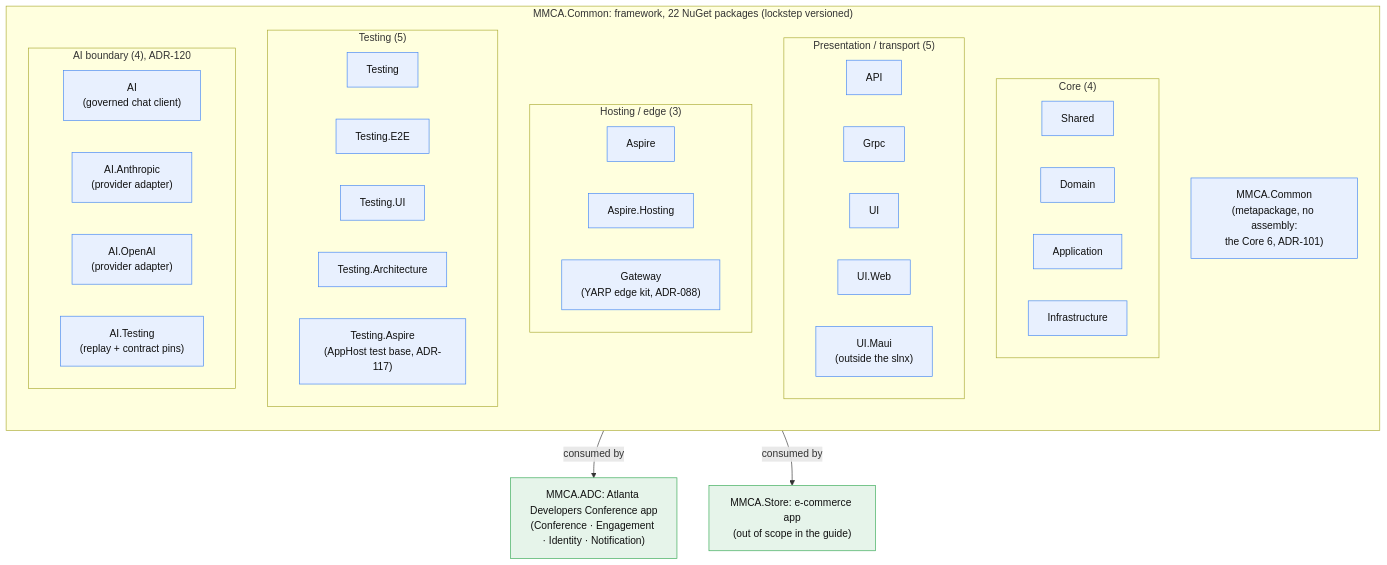
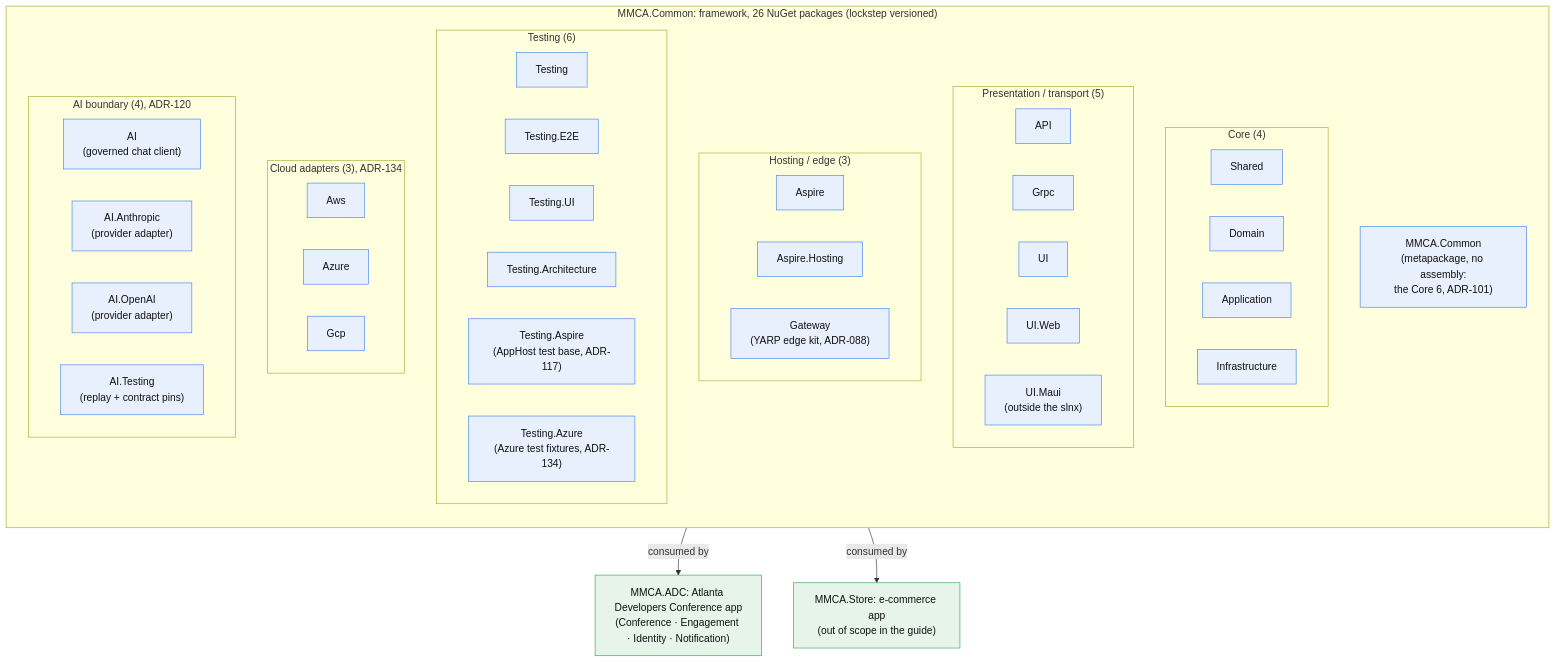
Before and after one commit to ivanball/ivanball.github.io: the first of 15 diagrams in docs-src/onboarding/CONCEPT-MAPS.md, drawn with Mermaid. The commit also changed other lines of this file and 84 other files, not shown here.

First line of the commit message:
docs(onboarding): 2026-10-29 drift sweep + cloud provider adapters chapter (#289)

````diff
--- a/docs-src/onboarding/CONCEPT-MAPS.md
+++ b/docs-src/onboarding/CONCEPT-MAPS.md
@@ -38,49 +43,55 @@
 ```mermaid
 flowchart TD
-    subgraph COMMON["MMCA.Common: framework, 22 NuGet packages (lockstep versioned)"]
+    subgraph COMMON["MMCA.Common: framework, 26 NuGet packages (lockstep versioned)"]
         direction TB
         subgraph CORE["Core (4)"]
             SH["Shared"]
             DOM["Domain"]
             APP["Application"]
             INF["Infrastructure"]
         end
         subgraph PRES["Presentation / transport (5)"]
             API["API"]
             GRPC["Grpc"]
             UI["UI"]
             UIW["UI.Web"]
             UIM["UI.Maui<br/>(outside the slnx)"]
         end
         subgraph HOSTPK["Hosting / edge (3)"]
             ASPIRE["Aspire"]
             ASPH["Aspire.Hosting"]
             GWPK["Gateway<br/>(YARP edge kit, ADR-088)"]
         end
-        subgraph TEST["Testing (5)"]
+        subgraph TEST["Testing (6)"]
             T1["Testing"]
             T2["Testing.E2E"]
             T3["Testing.UI"]
             T4["Testing.Architecture"]
             T5["Testing.Aspire<br/>(AppHost test base, ADR-117)"]
+            T6["Testing.Azure<br/>(Azure test fixtures, ADR-134)"]
+        end
+        subgraph CLOUD["Cloud adapters (3), ADR-134"]
+            AWS["Aws"]
+            AZ["Azure"]
+            GCP["Gcp"]
         end
         subgraph AIFAM["AI boundary (4), ADR-120"]
             AIPK["AI<br/>(governed chat client)"]
             AIA["AI.Anthropic<br/>(provider adapter)"]
             AIO["AI.OpenAI<br/>(provider adapter)"]
             AIT["AI.Testing<br/>(replay + contract pins)"]
         end
         META["MMCA.Common<br/>(metapackage, no assembly:<br/>the Core 6, ADR-101)"]
     end
 
     ADC["MMCA.ADC: Atlanta Developers Conference app<br/>(Conference · Engagement · Identity · Notification)"]
     STORE["MMCA.Store: e-commerce app<br/>(out of scope in the guide)"]
 
     COMMON -->|"consumed by"| ADC
     COMMON -->|"consumed by"| STORE
 
     classDef fw fill:#e8f0fe,stroke:#4285f4,color:#111
     classDef con fill:#e6f4ea,stroke:#34a853,color:#111
-    class SH,DOM,APP,INF,API,GRPC,UI,UIW,UIM,ASPIRE,ASPH,GWPK,T1,T2,T3,T4,T5,AIPK,AIA,AIO,AIT,META fw
+    class SH,DOM,APP,INF,API,GRPC,UI,UIW,UIM,ASPIRE,ASPH,GWPK,T1,T2,T3,T4,T5,T6,AWS,AZ,GCP,AIPK,AIA,AIO,AIT,META fw
     class ADC,STORE con
 ```
````
